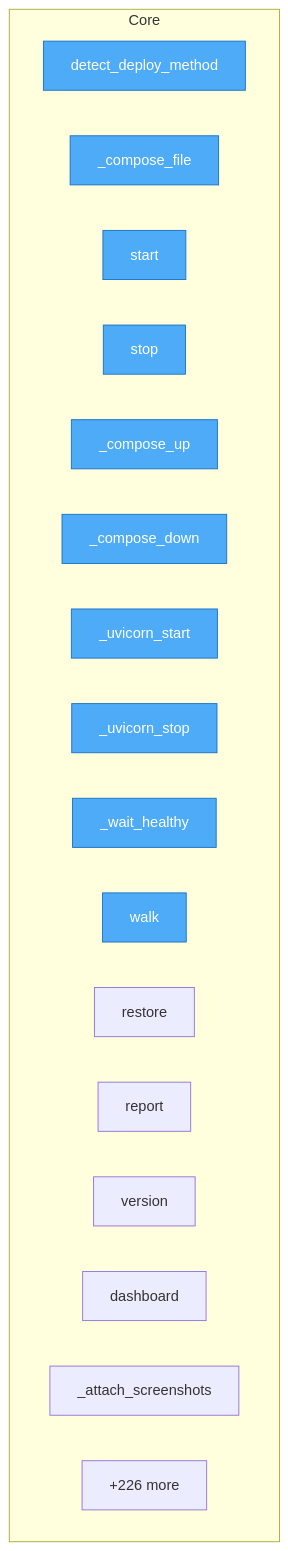
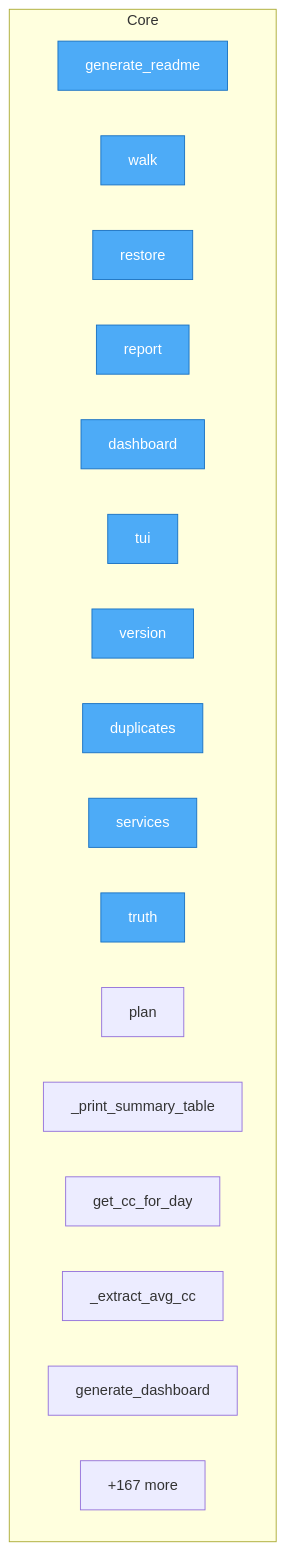
The diagram in project/flow.mmd (semcod/resplit), drawn with Mermaid before and after one commit. The commit also changed 86 other files, not shown here.

```diff
--- a/project/flow.mmd
+++ b/project/flow.mmd
@@ -1,25 +1,25 @@
 flowchart TD
 
     %% Entry points (blue)
     classDef entry fill:#4dabf7,stroke:#1971c2,color:#fff
 
     subgraph Core
-        SUMR__detect_deploy_method["detect_deploy_method"]
-        SUMR___compose_file["_compose_file"]
-        SUMR__start["start"]
-        SUMR__stop["stop"]
-        SUMR___compose_up["_compose_up"]
-        SUMR___compose_down["_compose_down"]
-        SUMR___uvicorn_start["_uvicorn_start"]
-        SUMR___uvicorn_stop["_uvicorn_stop"]
-        SUMR___wait_healthy["_wait_healthy"]
-        SUMR__walk["walk"]
-        SUMR__restore["restore"]
-        SUMR__report["report"]
-        SUMR__version["version"]
-        SUMR__dashboard["dashboard"]
-        SUMR___attach_screenshots["_attach_screenshots"]
-        ...["+226 more"]
+        docs__README__generate_readme["generate_readme"]
+        project__map__toon__walk["walk"]
+        project__map__toon__restore["restore"]
+        project__map__toon__report["report"]
+        project__map__toon__dashboard["dashboard"]
+        project__map__toon__tui["tui"]
+        project__map__toon__version["version"]
+        project__map__toon__duplicates["duplicates"]
+        project__map__toon__services["services"]
+        project__map__toon__truth["truth"]
+        project__map__toon__plan["plan"]
+        project__map__toon___print_summary_table["_print_summary_table"]
+        project__map__toon__get_cc_for_day["get_cc_for_day"]
+        project__map__toon___extract_avg_cc["_extract_avg_cc"]
+        project__map__toon__generate_dashboard["generate_dashboard"]
+        ...["+167 more"]
     end
 
-    class SUMR__detect_deploy_method,SUMR___compose_file,SUMR__start,SUMR__stop,SUMR___compose_up,SUMR___compose_down,SUMR___uvicorn_start,SUMR___uvicorn_stop,SUMR___wait_healthy,SUMR__walk entry
+    class docs__README__generate_readme,project__map__toon__walk,project__map__toon__restore,project__map__toon__report,project__map__toon__dashboard,project__map__toon__tui,project__map__toon__version,project__map__toon__duplicates,project__map__toon__services,project__map__toon__truth entry
```
